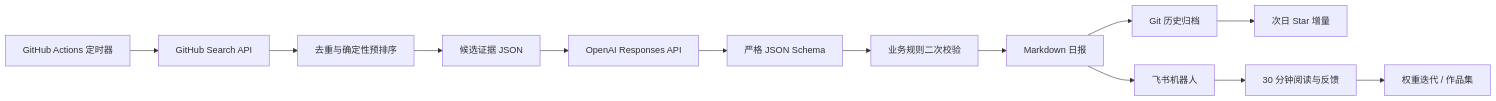
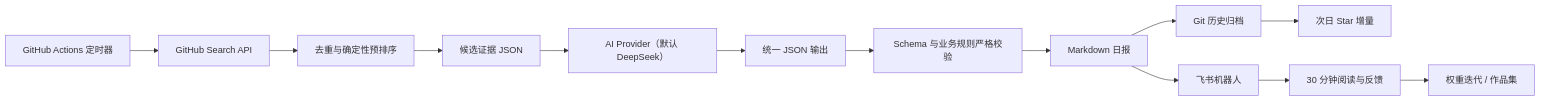
One commit to 2488439827xz-hue/- changed the diagram in docs/CLOUD_WORKFLOW_GUIDE.md. Above: the diagram before and after it, drawn with Mermaid. The commit also changed other lines of this file and 9 other files, not shown here.

Commit message:
feat: add DeepSeek as default AI provider

````diff
--- a/docs/CLOUD_WORKFLOW_GUIDE.md
+++ b/docs/CLOUD_WORKFLOW_GUIDE.md
@@ -21,15 +21,15 @@
 ```mermaid
 flowchart LR
     A["GitHub Actions 定时器"] --> B["GitHub Search API"]
     B --> C["去重与确定性预排序"]
     C --> D["候选证据 JSON"]
-    D --> E["OpenAI Responses API"]
-    E --> F["严格 JSON Schema"]
-    F --> G["业务规则二次校验"]
+    D --> E["AI Provider（默认 DeepSeek）"]
+    E --> F["统一 JSON 输出"]
+    F --> G["Schema 与业务规则严格校验"]
     G --> H["Markdown 日报"]
     H --> I["飞书机器人"]
     H --> J["Git 历史归档"]
     J --> K["次日 Star 增量"]
     I --> L["30 分钟阅读与反馈"]
     L --> M["权重迭代 / 作品集"]
 ```
````
